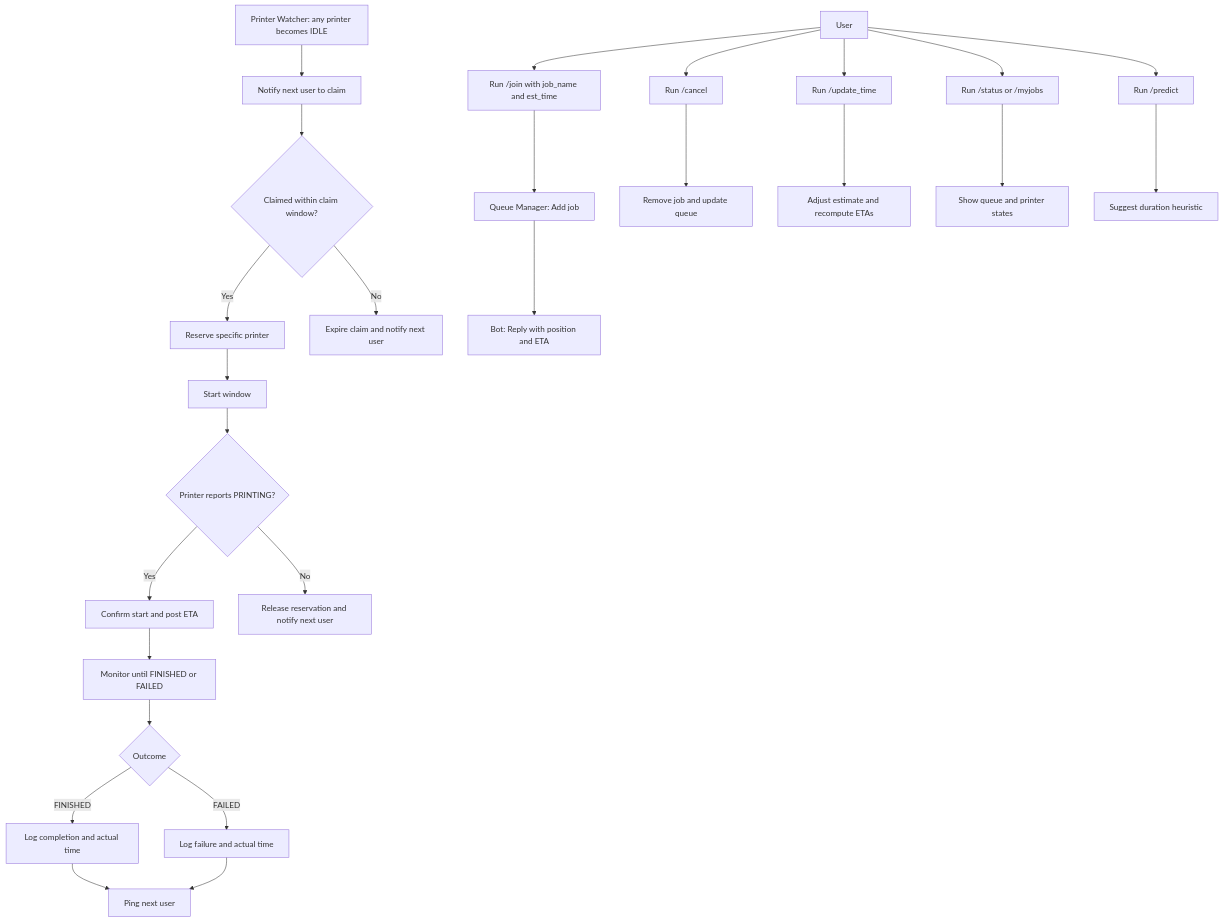
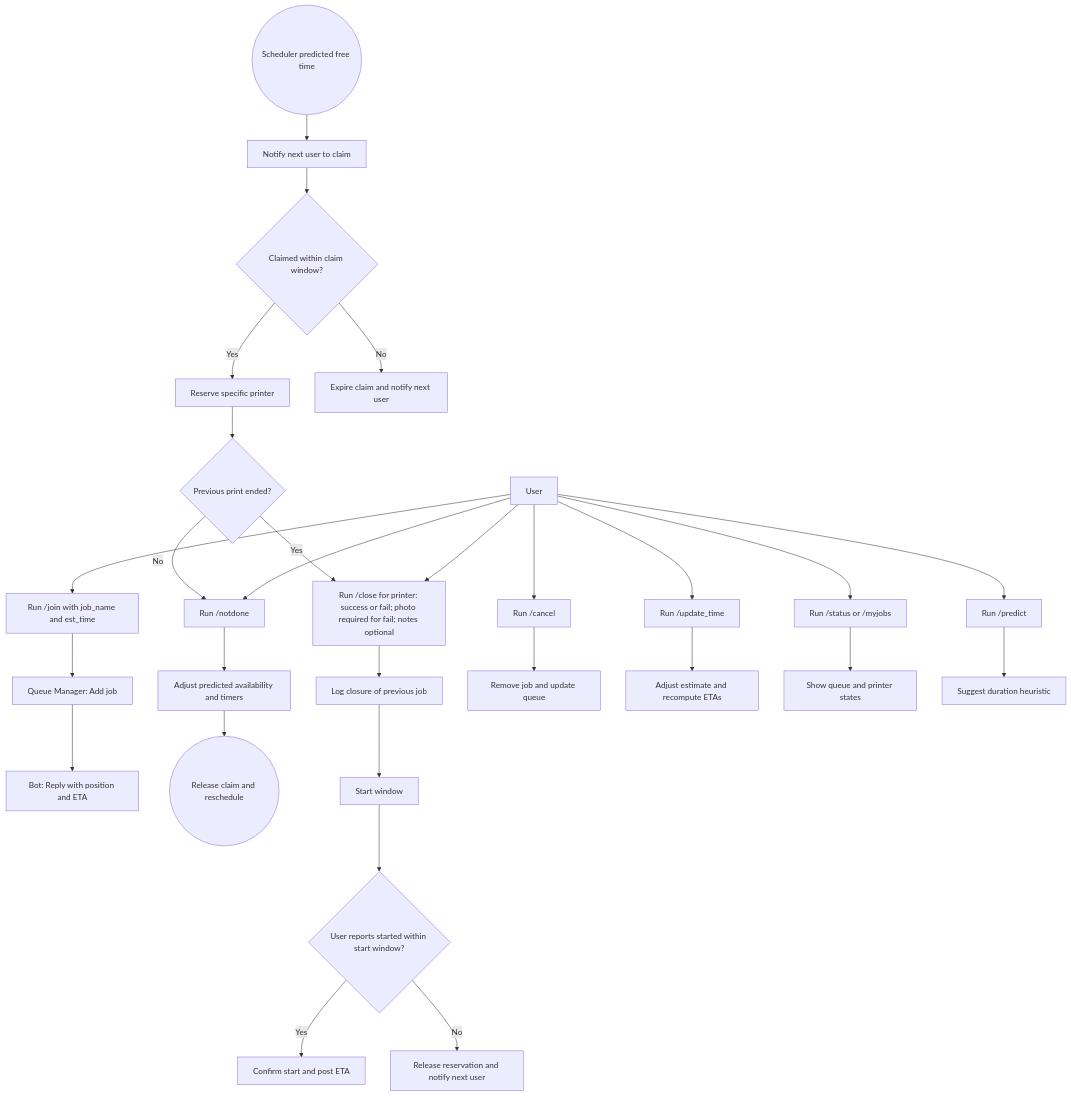
Before and after one commit to PatrickJYKang/print-queue: the first of 2 diagrams in technical.md, drawn with Mermaid. The commit also changed other lines of this file, not shown here.

````diff
--- a/technical.md
+++ b/technical.md
@@ -20,32 +21,33 @@
 ```mermaid
 flowchart TD
   U[User] --> JOIN["Run /join with job_name and est_time"]
   JOIN --> AJ["Queue Manager: Add job"]
   AJ --> RP["Bot: Reply with position and ETA"]
 
-  W["Printer Watcher: any printer becomes IDLE"] --> N["Notify next user to claim"]
+  T((Scheduler predicted free time)) --> N["Notify next user to claim"]
   N --> D{"Claimed within claim window?"}
   D -->|Yes| R["Reserve specific printer"]
   D -->|No| NX["Expire claim and notify next user"]
 
-  R --> S1["Start window"]
-  S1 --> E{"Printer reports PRINTING?"}
+  R --> DEC2{"Previous print ended?"}
+  DEC2 -->|Yes| CLOS["Run /close for printer: success or fail; photo required for fail; notes optional"]
+  DEC2 -->|No| ND["Run /notdone <printer> <remaining_time>"]
+  ND --> ADJ["Adjust predicted availability and timers"]
+  ADJ --> RC((Release claim and reschedule))
+  U --> ND
+  U --> CLOS
+  CLOS --> LOG["Log closure of previous job"]
+  LOG --> S1["Start window"]
+  S1 --> E{"User reports started within start window?"}
   E -->|Yes| CS["Confirm start and post ETA"]
   E -->|No| RL["Release reservation and notify next user"]
-
-  CS --> MON["Monitor until FINISHED or FAILED"]
-  MON --> F{"Outcome"}
-  F -->|FINISHED| LOG["Log completion and actual time"]
-  F -->|FAILED| LOGF["Log failure and actual time"]
-  LOG --> NEXT["Ping next user"]
-  LOGF --> NEXT
 
   U --> CANCEL["Run /cancel"]
   CANCEL --> CANC["Remove job and update queue"]
   U --> UPDATE["Run /update_time"]
   UPDATE --> UPD["Adjust estimate and recompute ETAs"]
   U --> STATUS["Run /status or /myjobs"]
   STATUS --> ST["Show queue and printer states"]
   U --> PRED["Run /predict"]
   PRED --> PR["Suggest duration heuristic"]
 ```
````
